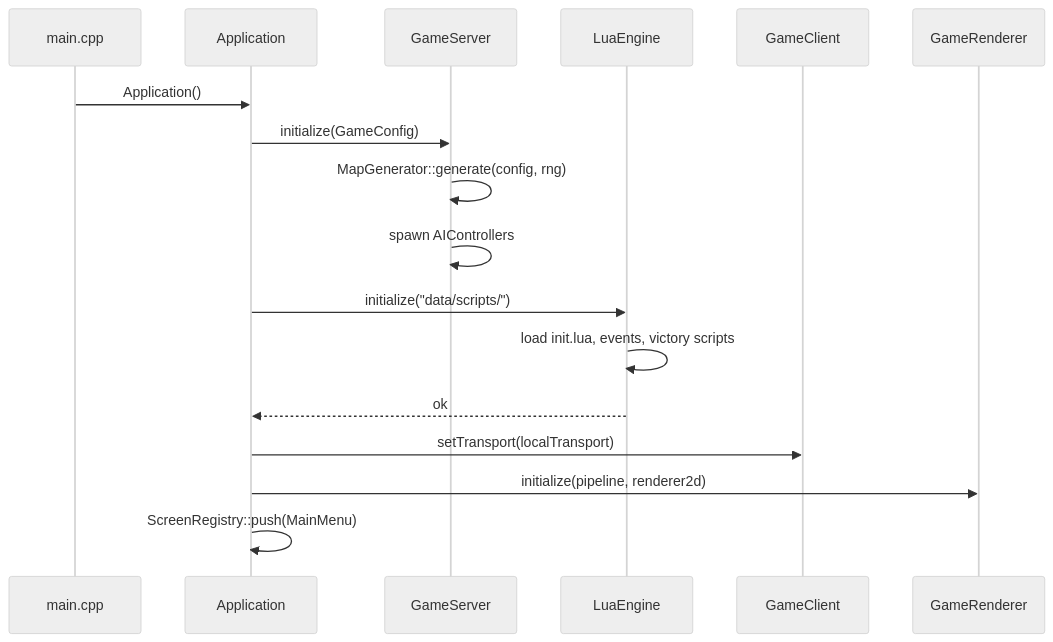
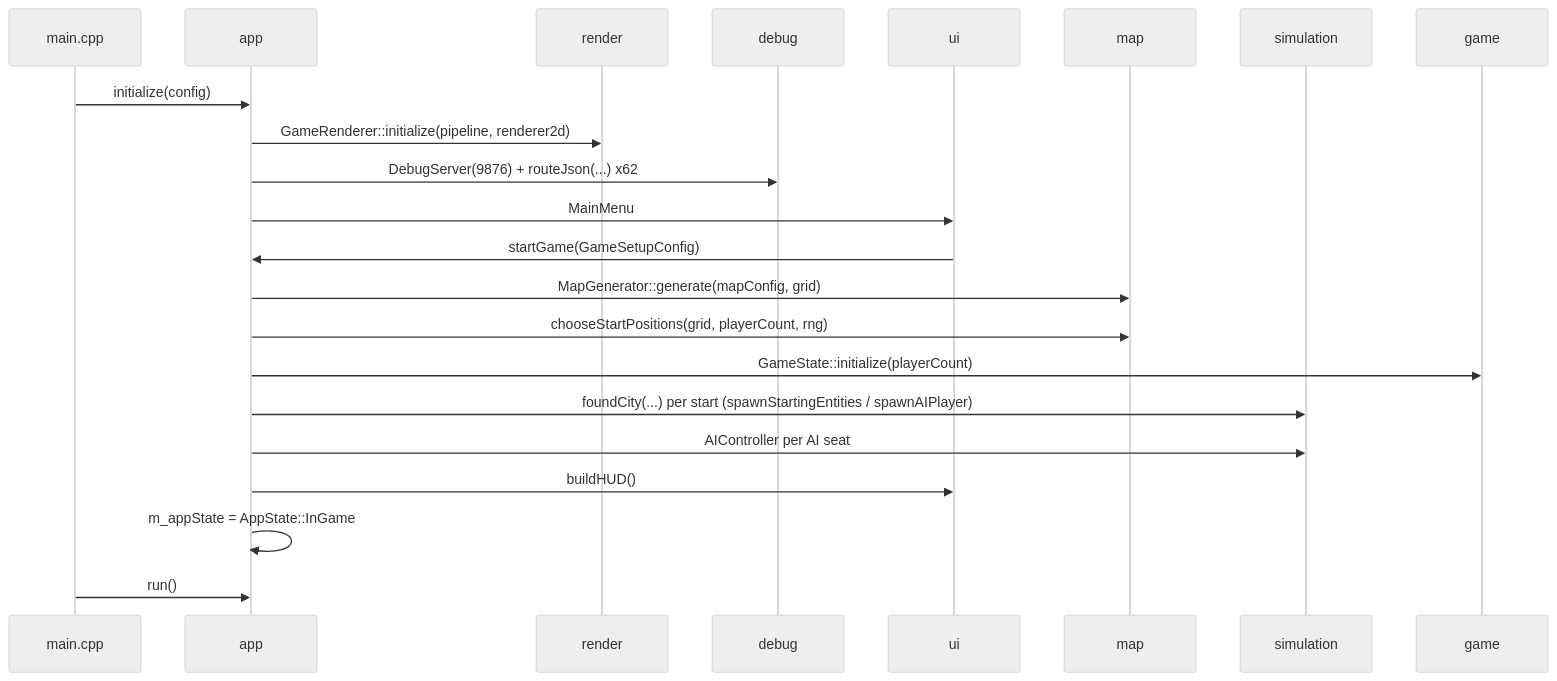
Before and after one commit to NiklasDietz/age_of_civ: the first of 5 diagrams in docs/architecture/interactions.md, drawn with Mermaid (neutral theme). The commit also changed other lines of this file and 20 other files, not shown here.

First line of the commit message:
docs: refresh the architecture tree to 90fb00e

````diff
--- a/docs/architecture/interactions.md
+++ b/docs/architecture/interactions.md
@@ -24,20 +34,25 @@
 ```mermaid
 sequenceDiagram
   participant main as main.cpp
-  participant app as Application
-  participant srv as GameServer
-  participant lua as LuaEngine
-  participant cli as GameClient
-  participant rnd as GameRenderer
+  participant app
+  participant render
+  participant debug
+  participant ui
+  participant map
+  participant simulation
+  participant game
 
-  main->>app: Application()
-  app->>srv: initialize(GameConfig)
-  srv->>srv: MapGenerator::generate(config, rng)
-  srv->>srv: spawn AIControllers
-  app->>lua: initialize("data/scripts/")
-  lua->>lua: load init.lua, events, victory scripts
-  lua-->>app: ok
-  app->>cli: setTransport(localTransport)
-  app->>rnd: initialize(pipeline, renderer2d)
-  app->>app: ScreenRegistry::push(MainMenu)
+  main->>app: initialize(config)
+  app->>render: GameRenderer::initialize(pipeline, renderer2d)
+  app->>debug: DebugServer(9876) + routeJson(...) x62
+  app->>ui: MainMenu
+  ui->>app: startGame(GameSetupConfig)
+  app->>map: MapGenerator::generate(mapConfig, grid)
+  app->>map: chooseStartPositions(grid, playerCount, rng)
+  app->>game: GameState::initialize(playerCount)
+  app->>simulation: foundCity(...) per start (spawnStartingEntities / spawnAIPlayer)
+  app->>simulation: AIController per AI seat
+  app->>ui: buildHUD()
+  app->>app: m_appState = AppState::InGame
+  main->>app: run()
 ```
````
